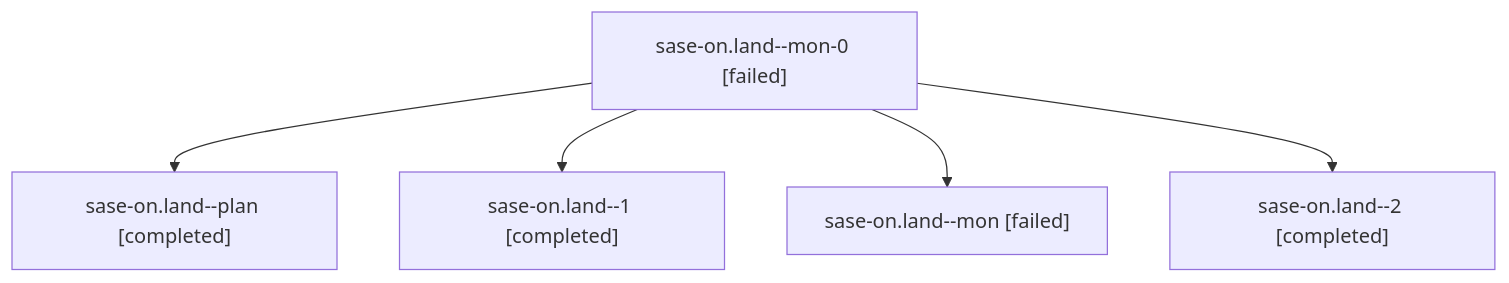
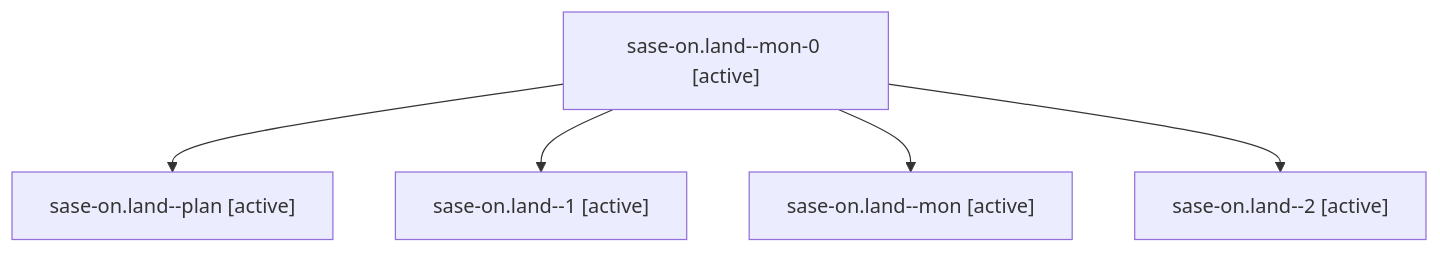
The diagram in families/bbugyi200.athena.sase-on.land.md (sase-org/sase--agents), drawn with Mermaid before and after one commit. The commit also changed other lines of this file and 35830 other files, not shown here.

````diff
--- a/families/bbugyi200.athena.sase-on.land.md
+++ b/families/bbugyi200.athena.sase-on.land.md
@@ -9,12 +9,12 @@
 ```mermaid
 flowchart TD
-  n0["sase-on.land--mon-0 [failed]"]
-  n1["sase-on.land--plan [completed]"]
+  n0["sase-on.land--mon-0 [active]"]
+  n1["sase-on.land--plan [active]"]
   n0 --> n1
-  n2["sase-on.land--1 [completed]"]
+  n2["sase-on.land--1 [active]"]
   n0 --> n2
-  n3["sase-on.land--mon [failed]"]
+  n3["sase-on.land--mon [active]"]
   n0 --> n3
-  n4["sase-on.land--2 [completed]"]
+  n4["sase-on.land--2 [active]"]
   n0 --> n4
 ```
````
